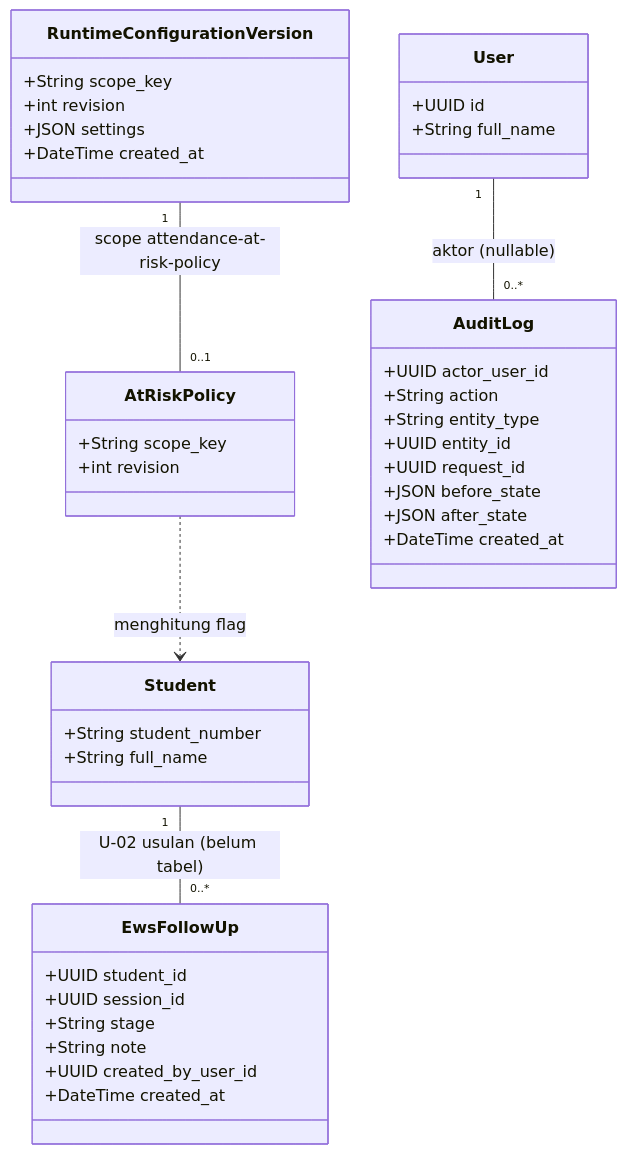
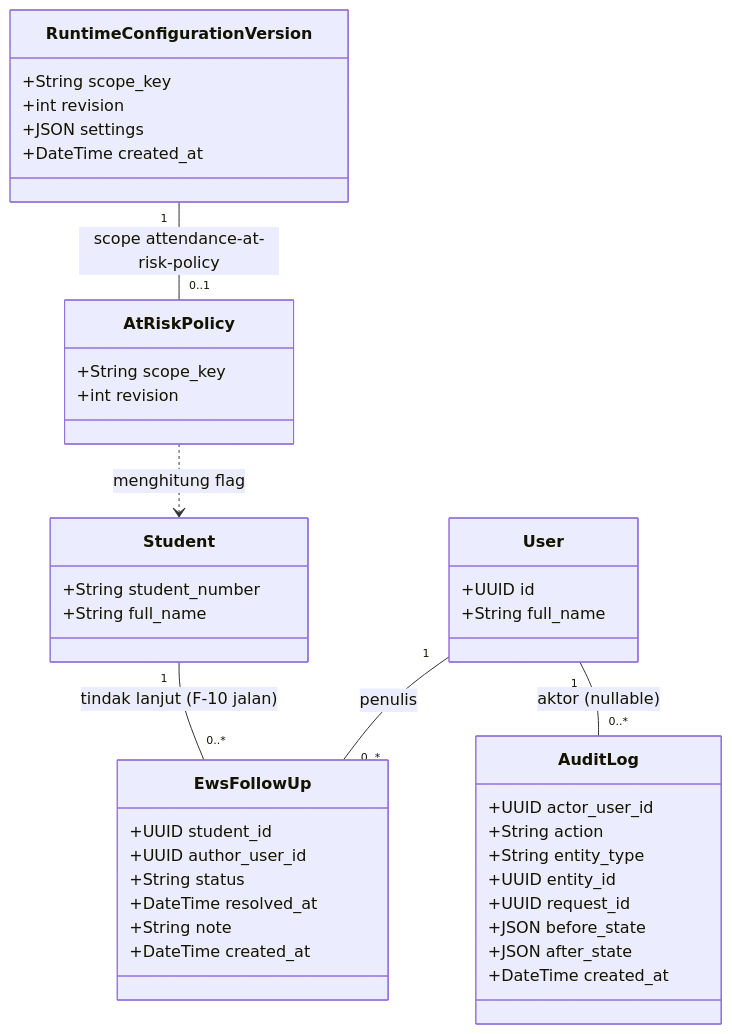
One commit to mygads/Face-Recognition-Capstone changed the sixth of 6 diagrams in docs/proposal/07-data-dan-class.md. Above: the diagram before and after it, drawn with Mermaid. The commit also changed other lines of this file and 242 other files, not shown here.

````diff
--- a/docs/proposal/07-data-dan-class.md
+++ b/docs/proposal/07-data-dan-class.md
@@ -263,43 +312,44 @@
 ```mermaid
 classDiagram
   class RuntimeConfigurationVersion {
     +String scope_key
     +int revision
     +JSON settings
     +DateTime created_at
   }
   class AtRiskPolicy {
     +String scope_key
     +int revision
   }
   class Student {
     +String student_number
     +String full_name
   }
   class EwsFollowUp {
     +UUID student_id
-    +UUID session_id
-    +String stage
+    +UUID author_user_id
+    +String status
+    +DateTime resolved_at
     +String note
-    +UUID created_by_user_id
     +DateTime created_at
   }
   class AuditLog {
     +UUID actor_user_id
     +String action
     +String entity_type
     +UUID entity_id
     +UUID request_id
     +JSON before_state
     +JSON after_state
     +DateTime created_at
   }
   class User {
     +UUID id
     +String full_name
   }
   RuntimeConfigurationVersion "1" -- "0..1" AtRiskPolicy : scope attendance-at-risk-policy
   AtRiskPolicy ..> Student : menghitung flag
-  Student "1" -- "0..*" EwsFollowUp : U-02 usulan (belum tabel)
+  Student "1" -- "0..*" EwsFollowUp : tindak lanjut (F-10 jalan)
+  User "1" -- "0..*" EwsFollowUp : penulis
   User "1" -- "0..*" AuditLog : aktor (nullable)
 ```
````
